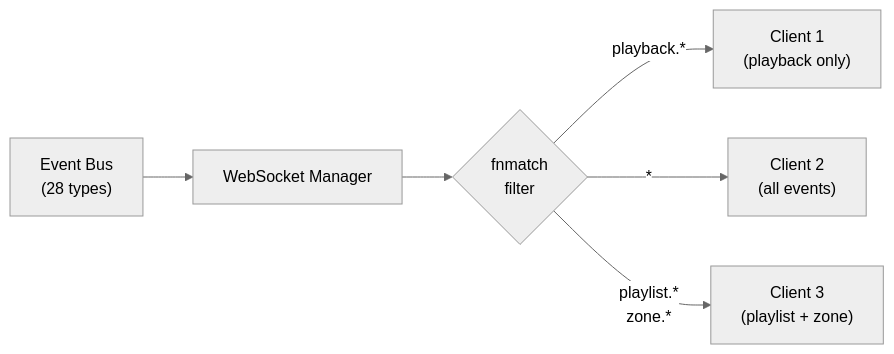
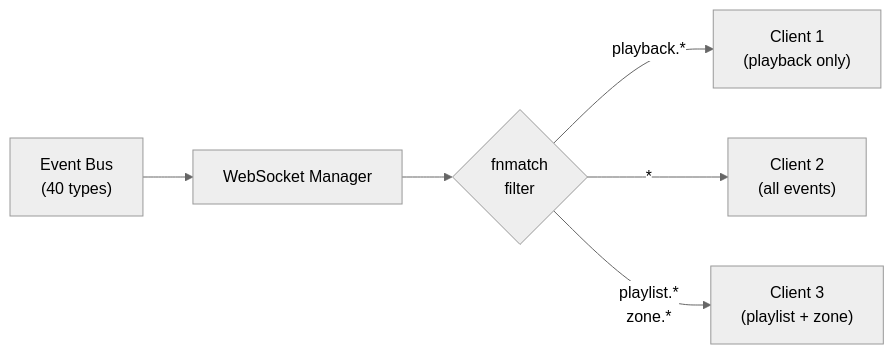
Before and after one commit to renesenses/tune-server-linux: the first of 2 diagrams in docs/event-bus.md, drawn with Mermaid (neutral theme). The commit also changed other lines of this file and 9 other files, not shown here.

````diff
--- a/docs/event-bus.md
+++ b/docs/event-bus.md
@@ -119,8 +132,8 @@
 ```mermaid
 flowchart LR
-    BUS["Event Bus<br>(28 types)"] --> WSM["WebSocket Manager"]
+    BUS["Event Bus<br>(40 types)"] --> WSM["WebSocket Manager"]
     WSM --> FILTER{"fnmatch<br>filter"}
     FILTER -->|"playback.*"| C1["Client 1<br>(playback only)"]
     FILTER -->|"*"| C2["Client 2<br>(all events)"]
     FILTER -->|"playlist.*<br>zone.*"| C3["Client 3<br>(playlist + zone)"]
 ```
````
